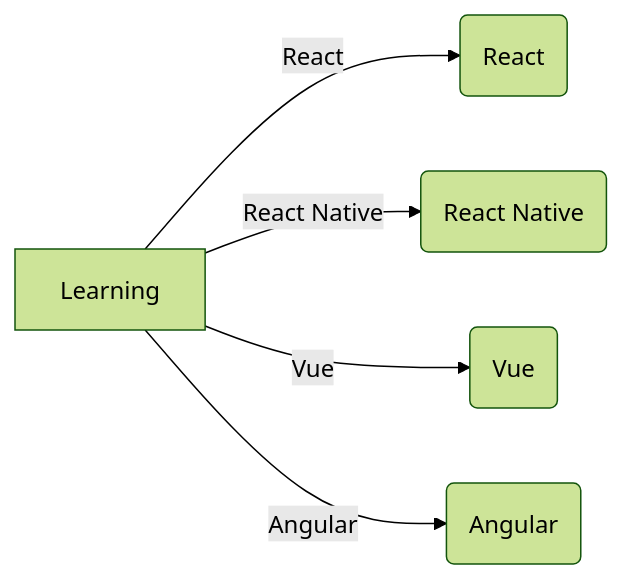
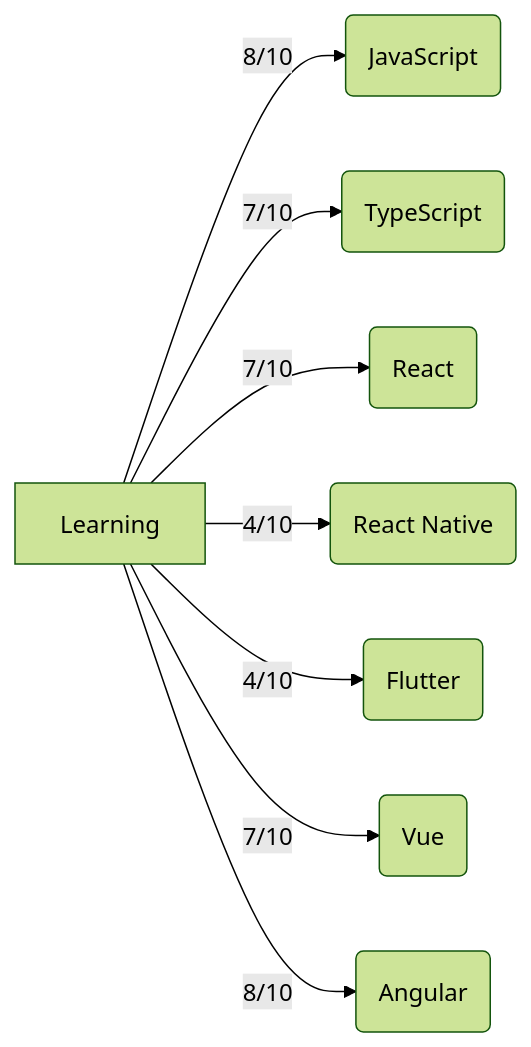
Before and after one commit to niawjunior/niawjunior: the diagram in README.md, drawn with Mermaid (forest theme). The commit also changed other lines of this file, not shown here.

````diff
--- a/README.md
+++ b/README.md
@@ -20,8 +22,21 @@
 ```mermaid
 graph LR
   A[Learning]
-  A -->|React| B(React)
-  A -->|React Native| C(React Native)
-  A -->|Vue| D(Vue)
-  A -->|Angular| E(Angular)
+  F(JavaScript)
+  G(TypeScript)
+  B(React)
+  C(React Native)
+  H(Flutter)
+  D(Vue)
+  E(Angular)
+
+  A -->|8/10| F
+  A -->|7/10| G
+  A -->|7/10| B
+  A -->|4/10| C
+  A -->|4/10| H
+  A -->|7/10| D
+  A -->|8/10| E
+
+
 ```
````
